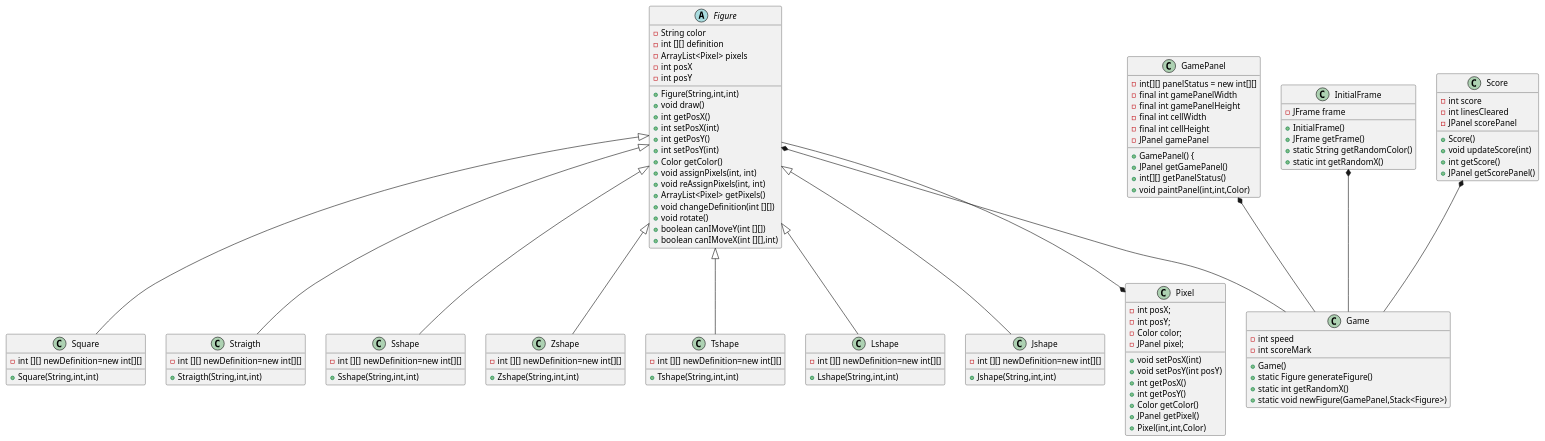
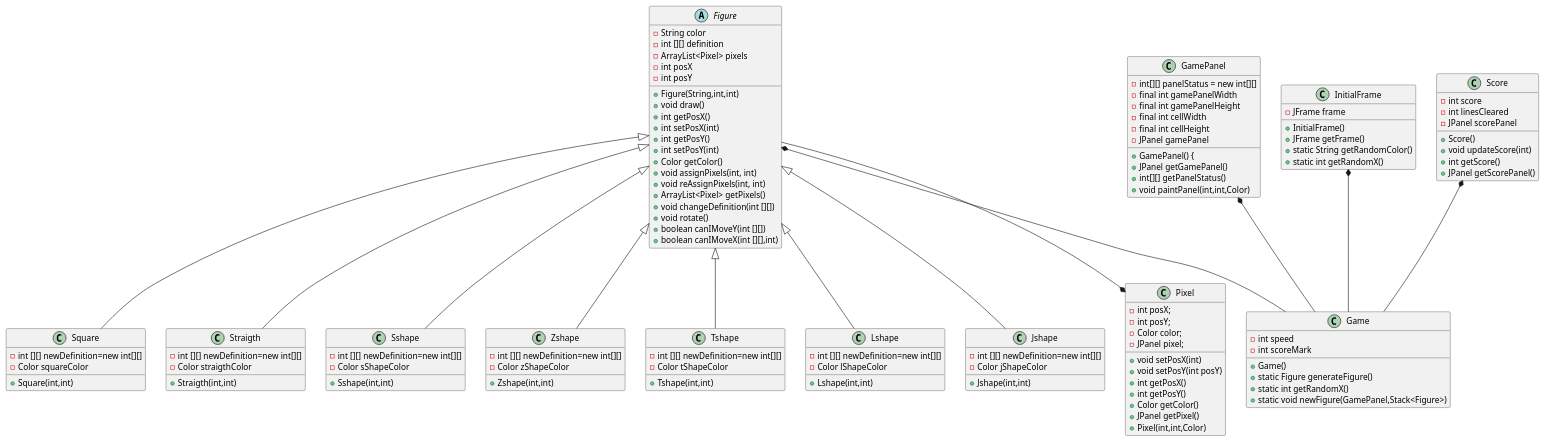
Before and after one commit to pablarce/Tetris: the diagram in Tetris/out/production/Tetris/docs/PlantUml.puml, drawn with PlantUML. The commit also changed 22 other files, not shown here.

Commit message:
Test and little changes in PlantUml.puml

```diff
--- a/Tetris/out/production/Tetris/docs/PlantUml.puml
+++ b/Tetris/out/production/Tetris/docs/PlantUml.puml
@@ -1,130 +1,137 @@
 @startuml
 'https://plantuml.com/class-diagram
 
 abstract class Figure{
 - String color
     - int [][] definition
     - ArrayList<Pixel> pixels
     - int posX
     - int posY
 + Figure(String,int,int)
 + void draw()
 + int getPosX()
 + int setPosX(int)
 + int getPosY()
 + int setPosY(int)
 + Color getColor()
 + void assignPixels(int, int)
  + void reAssignPixels(int, int)
  + ArrayList<Pixel> getPixels()
  + void changeDefinition(int [][])
 + void rotate()
 + boolean canIMoveY(int [][])
 + boolean canIMoveX(int [][],int)
 
 
 
 }
 class Square{
 -int [][] newDefinition=new int[][]
-+ Square(String,int,int)
+- Color squareColor
++ Square(int,int)
 
 }
 class Straigth{
 -int [][] newDefinition=new int[][]
-+ Straigth(String,int,int)
+- Color straigthColor
++ Straigth(int,int)
 }
 class Sshape{
 -int [][] newDefinition=new int[][]
-+ Sshape(String,int,int)
+- Color sShapeColor
++ Sshape(int,int)
 }
 class Zshape{
 -int [][] newDefinition=new int[][]
-+ Zshape(String,int,int)
+- Color zShapeColor
++ Zshape(int,int)
 
 }
 class Tshape{
 -int [][] newDefinition=new int[][]
-+ Tshape(String,int,int)
+- Color tShapeColor
++ Tshape(int,int)
 
 }
 class Lshape{
 -int [][] newDefinition=new int[][]
-+ Lshape(String,int,int)
+- Color lShapeColor
++ Lshape(int,int)
 
 
 }
 class Jshape{
 -int [][] newDefinition=new int[][]
-+ Jshape(String,int,int)
+- Color jShapeColor
++ Jshape(int,int)
 }
 class GamePanel{
 - int[][] panelStatus = new int[][]
     - final int gamePanelWidth
     - final int gamePanelHeight
     - final int cellWidth
     - final int cellHeight
      - JPanel gamePanel
  + GamePanel() {
 + JPanel getGamePanel()
 + int[][] getPanelStatus()
 + void paintPanel(int,int,Color)
 
 
 }
 class Pixel{
 - int posX;
     - int posY;
     - Color color;
     - JPanel pixel;
     + void setPosX(int)
     + void setPosY(int posY)
     + int getPosX()
     + int getPosY()
     + Color getColor()
     + JPanel getPixel()
     + Pixel(int,int,Color)
 
 
 }
 class InitialFrame{
  - JFrame frame
  + InitialFrame()
   + JFrame getFrame()
 + static String getRandomColor()
  + static int getRandomX()
 }
 class Game{
     - int speed
     - int scoreMark
     + Game()
 + static Figure generateFigure()
 + static int getRandomX()
 + static void newFigure(GamePanel,Stack<Figure>)
 }
 class Score{
     - int score
     - int linesCleared
     - JPanel scorePanel
     + Score()
     + void updateScore(int)
     + int getScore()
     + JPanel getScorePanel()
 }
 Figure <|-- Straigth
 Figure <|-- Square
 Figure <|-- Sshape
 Figure <|-- Zshape
 Figure <|-- Tshape
 Figure <|-- Lshape
 Figure <|-- Jshape
 
 Figure --* Pixel
 
 GamePanel *-- Game
 InitialFrame *-- Game
 Figure *-- Game
 Score *-- Game
 
 
 @enduml
```
